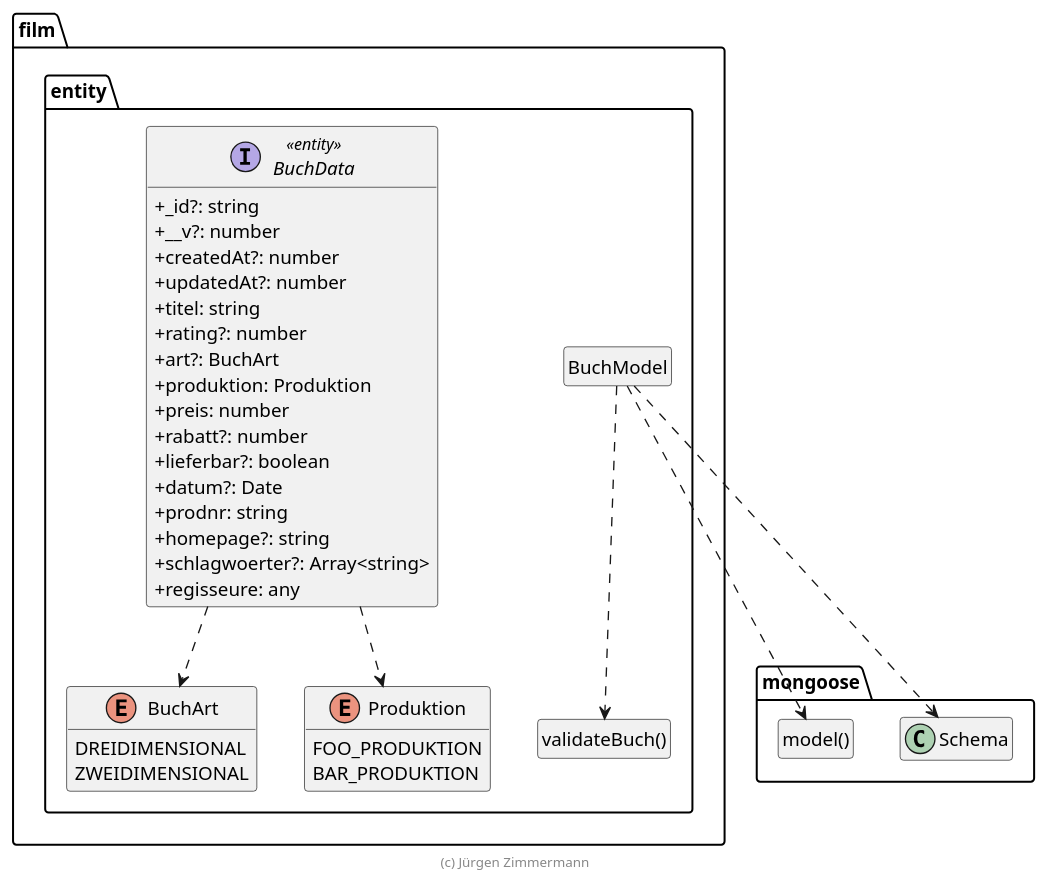
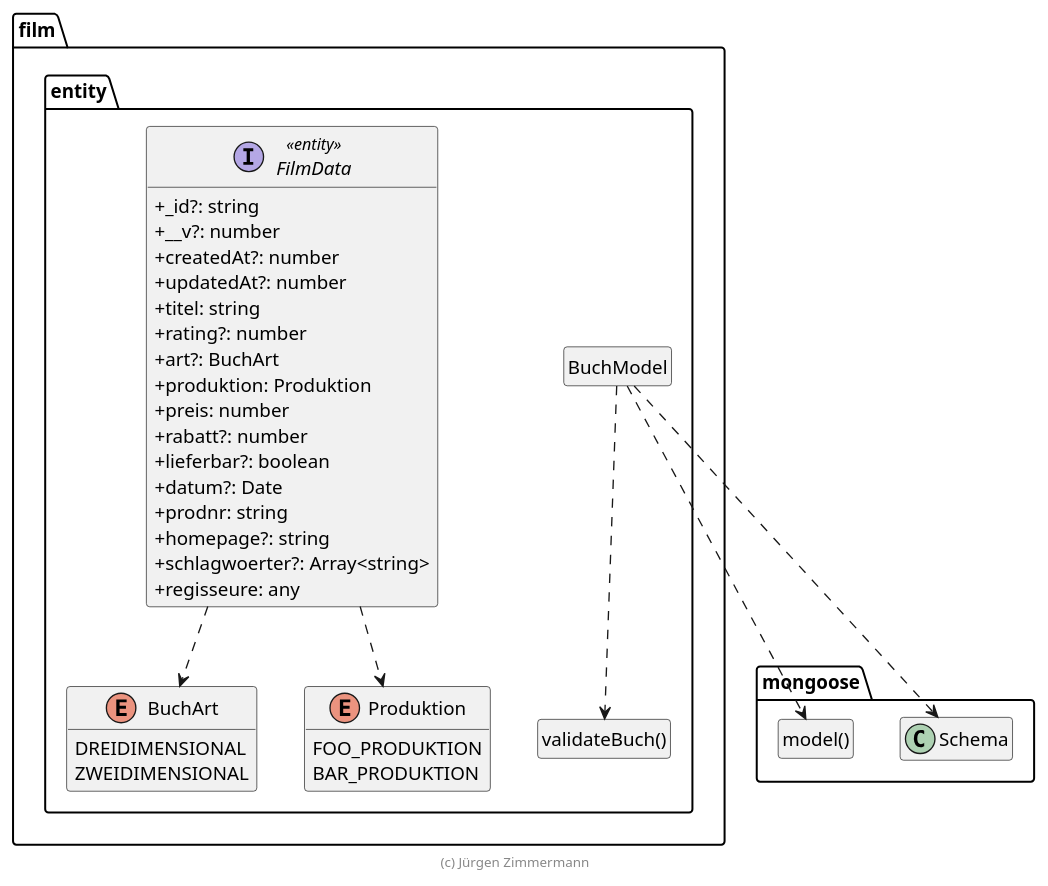
Before and after one commit to marcelmaerdian/SWE_WS2020: the diagram in doc/entwicklerhandbuch/Film.puml, drawn with PlantUML. The commit also changed 24 other files, not shown here.

```diff
--- a/doc/entwicklerhandbuch/Film.puml
+++ b/doc/entwicklerhandbuch/Film.puml
@@ -15,62 +15,62 @@
 @startuml Anwendungskern
 
 !pragma useNewPackage
 skinparam classAttributeIconSize 0
 skinparam componentStyle uml2
 
 package mongoose {
   class Schema
 
   class "model()" as model
   hide model circle
 }
 
 package film.entity {
   class "validateBuch()" as validateBuch
   hide validateBuch circle
 
   class BuchModel
   hide BuchModel circle
 
   BuchModel ..> Schema
   BuchModel ..> model
   BuchModel ..> validateBuch
 
-  BuchData ..> BuchArt
-  BuchData ..> Produktion
+  FilmData ..> BuchArt
+  FilmData ..> Produktion
 
   enum BuchArt {
     DREIDIMENSIONAL
     ZWEIDIMENSIONAL
   }
 
   enum Produktion {
     FOO_PRODUKTION
     BAR_PRODUKTION
   }
 
-  interface BuchData <<entity>> {
+  interface FilmData <<entity>> {
     + _id?: string
     + __v?: number
     + createdAt?: number
     + updatedAt?: number
     + titel: string
     + rating?: number
     + art?: BuchArt
     + produktion: Produktion
     + preis: number
     + rabatt?: number
     + lieferbar?: boolean
     + datum?: Date
     + prodnr: string
     + homepage?: string
     + schlagwoerter?: Array<string>
     + regisseure: any
   }
 }
 
 hide empty members
 
 footer (c) Jürgen Zimmermann
 
 @enduml
```
